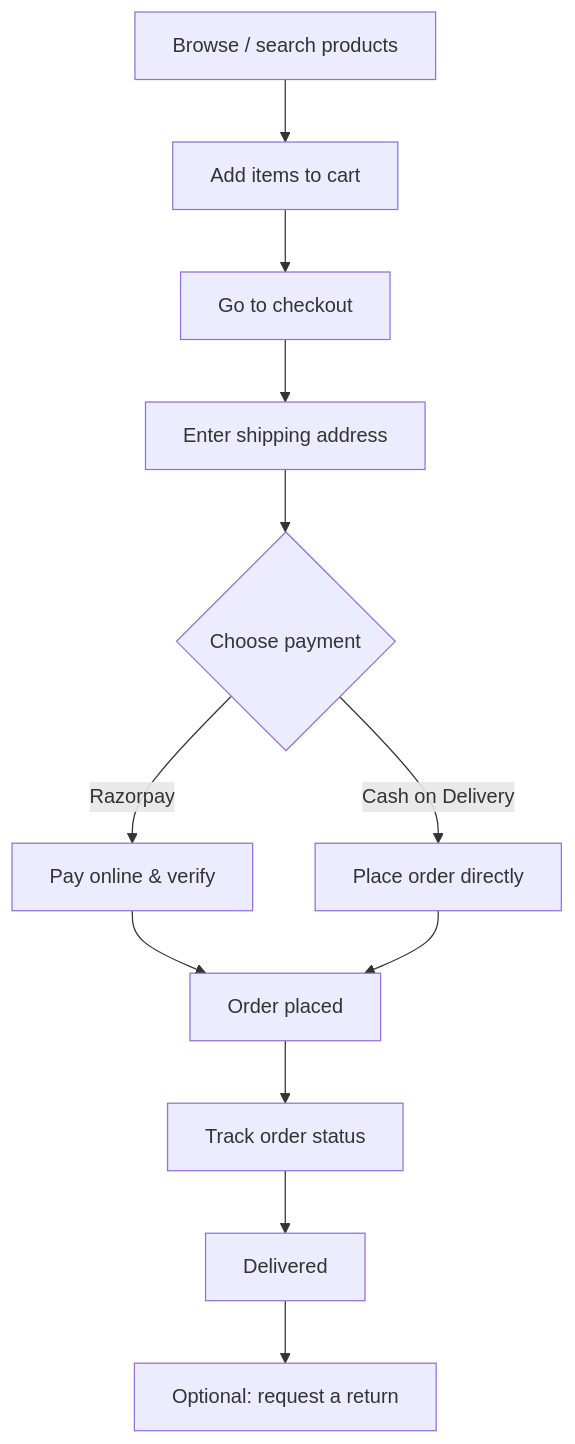
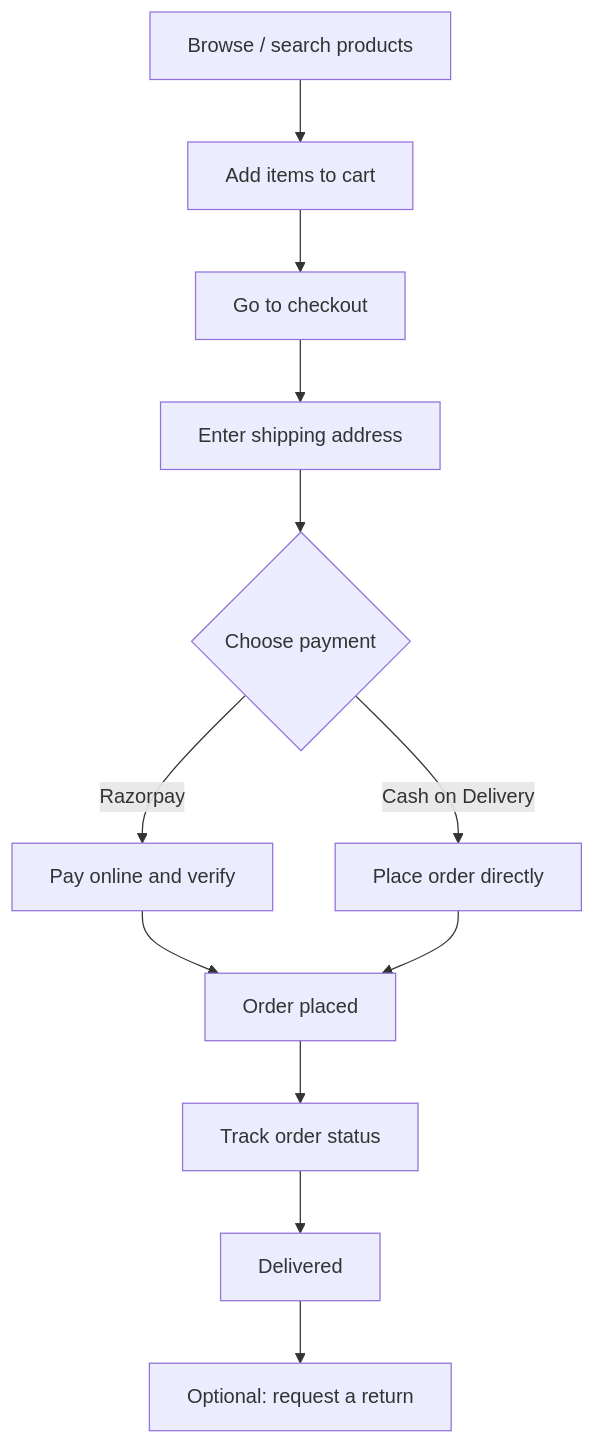
The third of 4 diagrams in README.md (zaid154/Nexa-Mart), drawn with Mermaid before and after one commit. The commit also changed other lines of this file and 106 other files, not shown here.

````diff
--- a/README.md
+++ b/README.md
@@ -144,14 +157,14 @@
 ```mermaid
 flowchart TD
     browse["Browse / search products"] --> cart["Add items to cart"]
     cart --> checkout["Go to checkout"]
     checkout --> address["Enter shipping address"]
     address --> pay{"Choose payment"}
-    pay -->|Razorpay| online["Pay online & verify"]
+    pay -->|Razorpay| online["Pay online and verify"]
     pay -->|Cash on Delivery| cod["Place order directly"]
     online --> placed["Order placed"]
     cod --> placed
     placed --> track["Track order status"]
     track --> deliver["Delivered"]
     deliver --> ret["Optional: request a return"]
 ```
````
